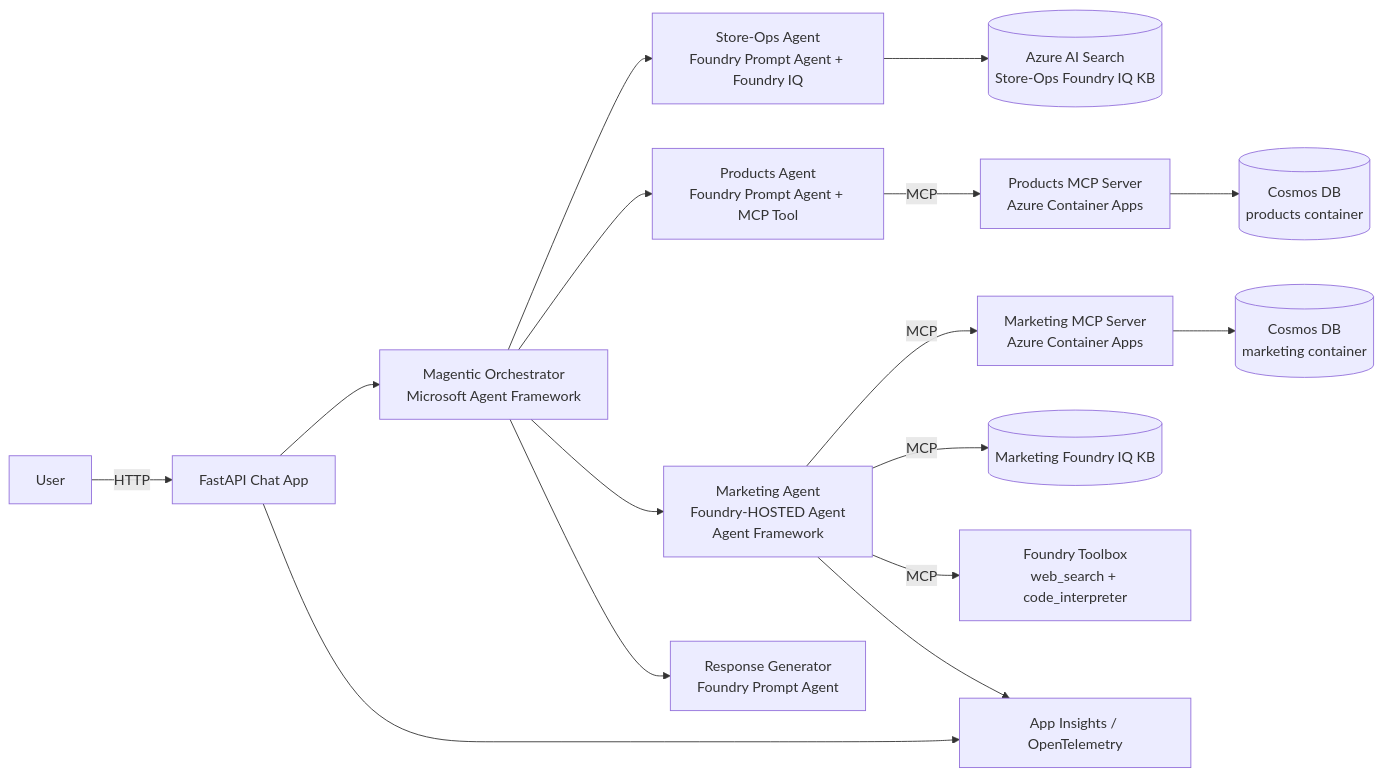
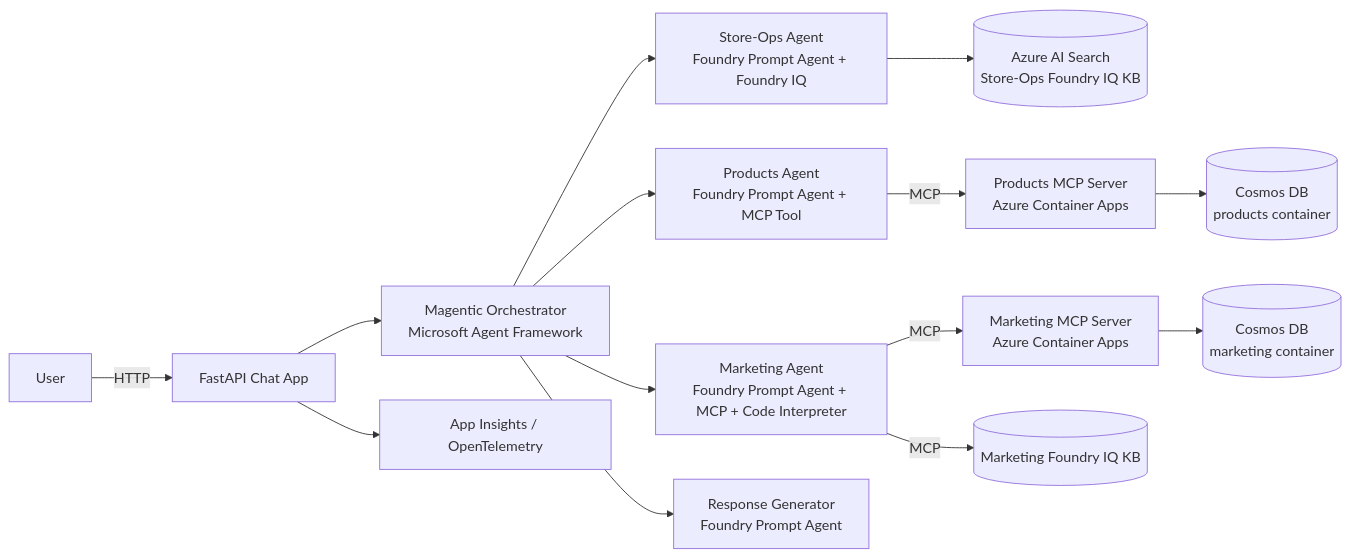
Before and after one commit to SinglaSandeep/ai-agents-workshop: the diagram in README.md, drawn with Mermaid. The commit also changed other lines of this file and 125 other files, not shown here.

````diff
--- a/README.md
+++ b/README.md
@@ -56,18 +56,16 @@
 ```mermaid
 flowchart LR
     U[User] -->|HTTP| W[FastAPI Chat App]
     W --> O[Magentic Orchestrator<br/>Microsoft Agent Framework]
     O --> SO[Store-Ops Agent<br/>Foundry Prompt Agent + Foundry IQ]
     O --> PR[Products Agent<br/>Foundry Prompt Agent + MCP Tool]
-    O --> MK[Marketing Agent<br/>Foundry-HOSTED Agent<br/>Agent Framework]
+    O --> MK[Marketing Agent<br/>Foundry Prompt Agent + MCP + Code Interpreter]
     O --> RG[Response Generator<br/>Foundry Prompt Agent]
     SO  --> AIS[(Azure AI Search<br/>Store-Ops Foundry IQ KB)]
     PR  -->|MCP| PMCP[Products MCP Server<br/>Azure Container Apps]
     MK  -->|MCP| MMCP[Marketing MCP Server<br/>Azure Container Apps]
     MK  -->|MCP| MKB[(Marketing Foundry IQ KB)]
-    MK  -->|MCP| TB[Foundry Toolbox<br/>web_search + code_interpreter]
     PMCP --> COS[(Cosmos DB<br/>products container)]
     MMCP --> COS2[(Cosmos DB<br/>marketing container)]
     W --> OBS[App Insights / OpenTelemetry]
-    MK --> OBS
 ```
````
